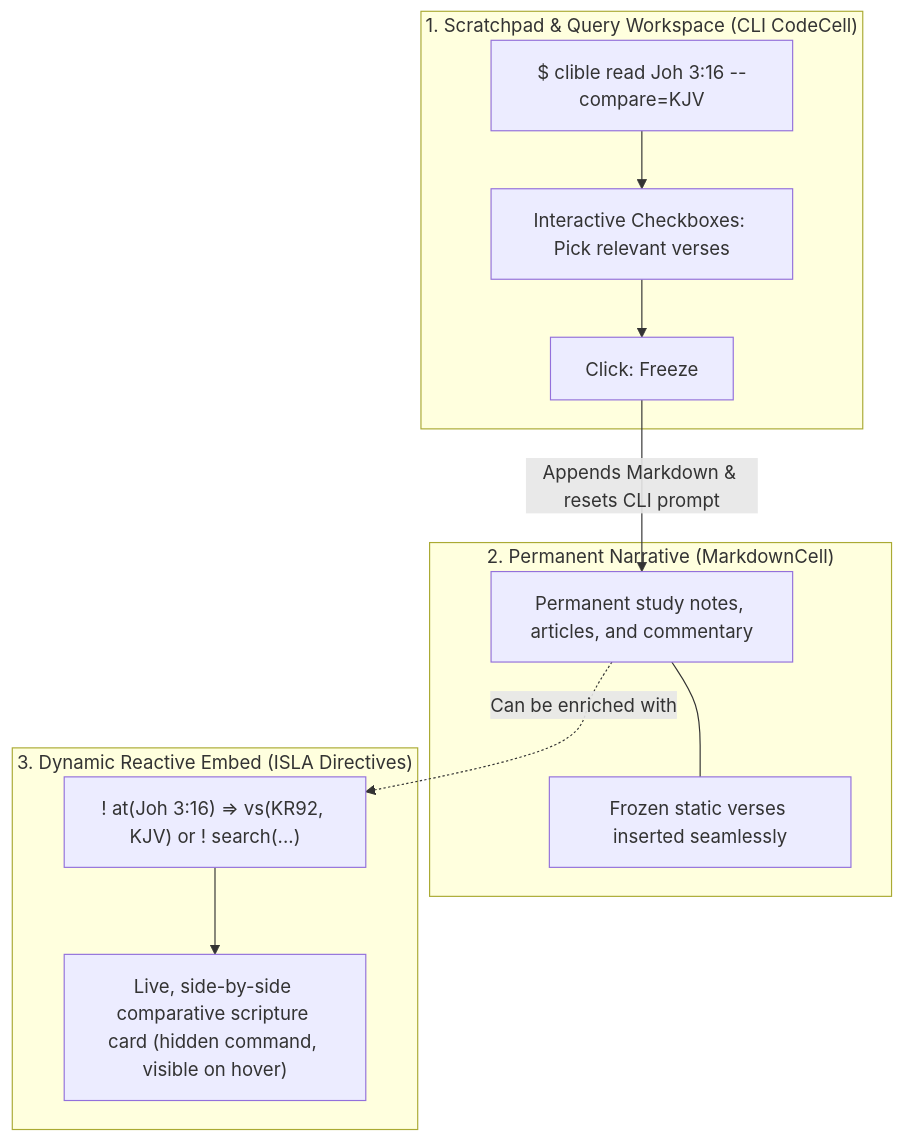
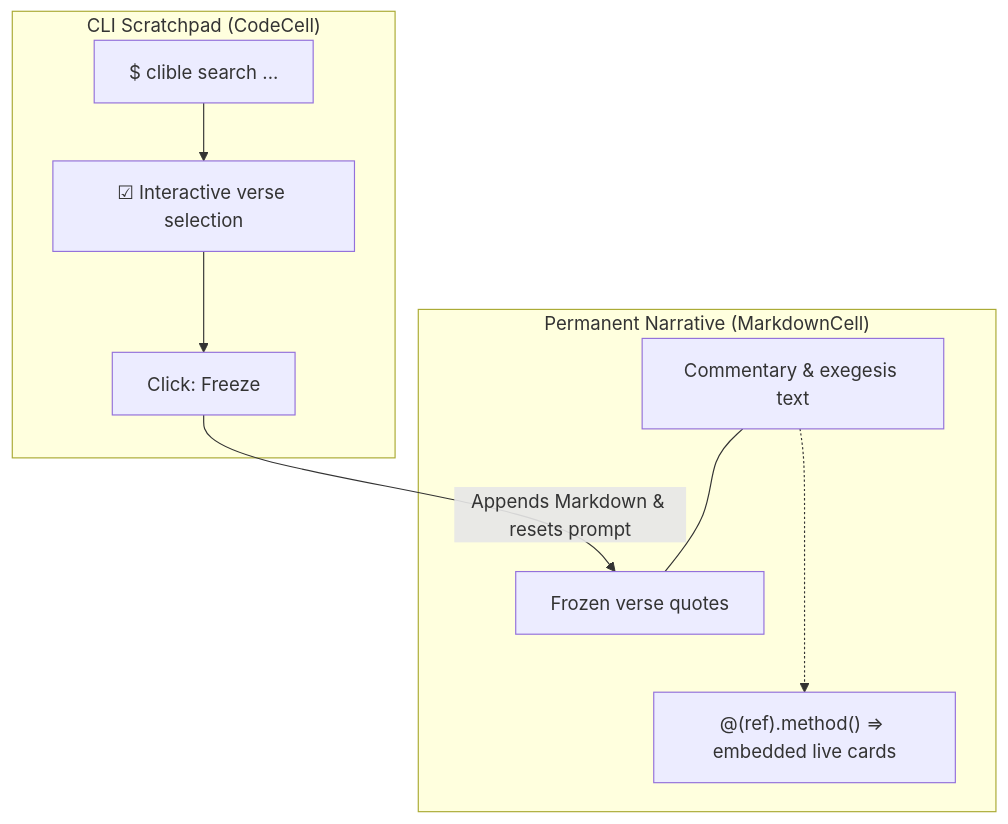
The diagram in docs/guide/isla-guide.md (mvirtai/clible-v3-go), drawn with Mermaid before and after one commit. The commit also changed other lines of this file and 70 other files, not shown here.

````diff
--- a/docs/guide/isla-guide.md
+++ b/docs/guide/isla-guide.md
@@ -23,24 +380,19 @@
 ```mermaid
 flowchart TD
-    subgraph Layer1 ["1. Scratchpad & Query Workspace (CLI CodeCell)"]
-        CLI["$ clible read Joh 3:16 --compare=KJV"]
-        CHECK["Interactive Checkboxes: Pick relevant verses"]
+    subgraph Scratchpad ["CLI Scratchpad (CodeCell)"]
+        CLI["$ clible search ..."]
+        PICK["☑ Interactive verse selection"]
         FREEZE["Click: Freeze"]
-        CLI --> CHECK --> FREEZE
+        CLI --> PICK --> FREEZE
     end
 
-    subgraph Layer2 ["2. Permanent Narrative (MarkdownCell)"]
-        NARRATIVE["Permanent study notes, articles, and commentary"]
-        FROZEN["Frozen static verses inserted seamlessly"]
-        NARRATIVE --- FROZEN
+    subgraph Narrative ["Permanent Narrative (MarkdownCell)"]
+        PROSE["Commentary & exegesis text"]
+        STATIC["Frozen verse quotes"]
+        ISLA["@(ref).method() => embedded live cards"]
     end
 
-    subgraph Layer3 ["3. Dynamic Reactive Embed (ISLA Directives)"]
-        EMBED["! at(Joh 3:16) => vs(KR92, KJV) or ! search(...)"]
-        LIVE["Live, side-by-side comparative scripture card (hidden command, visible on hover)"]
-        EMBED --> LIVE
-    end
-
-    FREEZE -->|"Appends Markdown & resets CLI prompt"| NARRATIVE
-    NARRATIVE -.->|"Can be enriched with"| EMBED
+    FREEZE -->|"Appends Markdown & resets prompt"| STATIC
+    PROSE --- STATIC
+    PROSE -..-> ISLA
 ```
````
